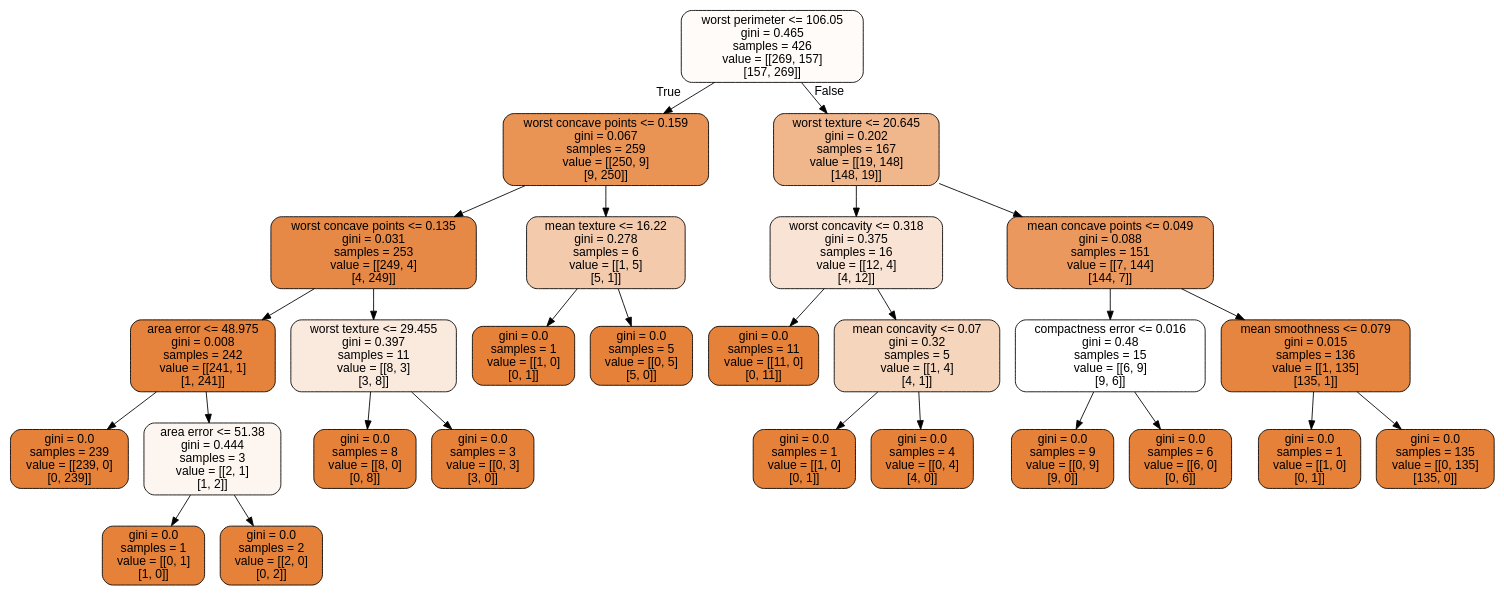
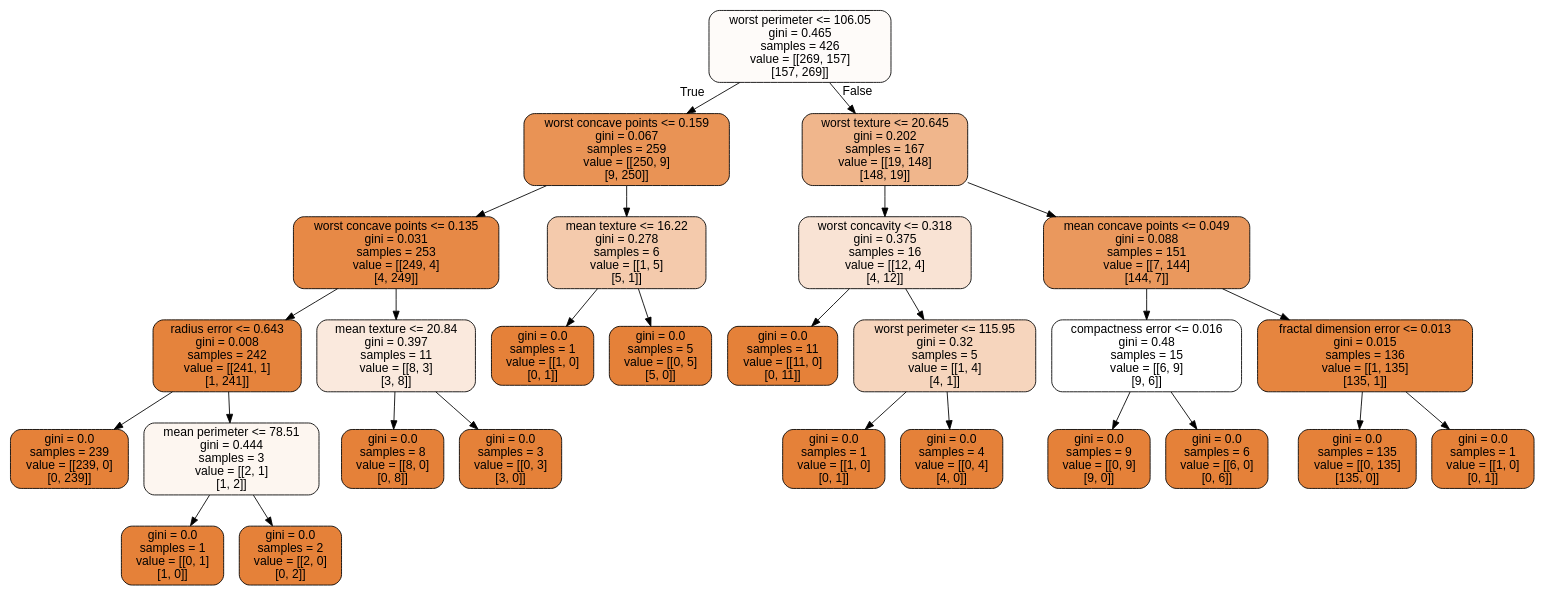
Before and after one commit to CompPhysics/MachineLearning: the diagram in doc/LectureNotes/DataFiles/cancer.dot, drawn with Graphviz. The commit also changed 206 other files, not shown here.

```diff
--- a/doc/LectureNotes/DataFiles/cancer.dot
+++ b/doc/LectureNotes/DataFiles/cancer.dot
@@ -1,57 +1,57 @@
 digraph Tree {
 node [shape=box, style="filled, rounded", color="black", fontname="helvetica"] ;
 edge [fontname="helvetica"] ;
 0 [label="worst perimeter <= 106.05\ngini = 0.465\nsamples = 426\nvalue = [[269, 157]\n[157, 269]]", fillcolor="#fefbf9"] ;
 1 [label="worst concave points <= 0.159\ngini = 0.067\nsamples = 259\nvalue = [[250, 9]\n[9, 250]]", fillcolor="#e99355"] ;
 0 -> 1 [labeldistance=2.5, labelangle=45, headlabel="True"] ;
 2 [label="worst concave points <= 0.135\ngini = 0.031\nsamples = 253\nvalue = [[249, 4]\n[4, 249]]", fillcolor="#e78946"] ;
 1 -> 2 ;
-3 [label="area error <= 48.975\ngini = 0.008\nsamples = 242\nvalue = [[241, 1]\n[1, 241]]", fillcolor="#e5833c"] ;
+3 [label="radius error <= 0.643\ngini = 0.008\nsamples = 242\nvalue = [[241, 1]\n[1, 241]]", fillcolor="#e5833c"] ;
 2 -> 3 ;
 4 [label="gini = 0.0\nsamples = 239\nvalue = [[239, 0]\n[0, 239]]", fillcolor="#e58139"] ;
 3 -> 4 ;
-5 [label="area error <= 51.38\ngini = 0.444\nsamples = 3\nvalue = [[2, 1]\n[1, 2]]", fillcolor="#fdf6f0"] ;
+5 [label="mean perimeter <= 78.51\ngini = 0.444\nsamples = 3\nvalue = [[2, 1]\n[1, 2]]", fillcolor="#fdf6f0"] ;
 3 -> 5 ;
 6 [label="gini = 0.0\nsamples = 1\nvalue = [[0, 1]\n[1, 0]]", fillcolor="#e58139"] ;
 5 -> 6 ;
 7 [label="gini = 0.0\nsamples = 2\nvalue = [[2, 0]\n[0, 2]]", fillcolor="#e58139"] ;
 5 -> 7 ;
-8 [label="worst texture <= 29.455\ngini = 0.397\nsamples = 11\nvalue = [[8, 3]\n[3, 8]]", fillcolor="#fae9dd"] ;
+8 [label="mean texture <= 20.84\ngini = 0.397\nsamples = 11\nvalue = [[8, 3]\n[3, 8]]", fillcolor="#fae9dd"] ;
 2 -> 8 ;
 9 [label="gini = 0.0\nsamples = 8\nvalue = [[8, 0]\n[0, 8]]", fillcolor="#e58139"] ;
 8 -> 9 ;
 10 [label="gini = 0.0\nsamples = 3\nvalue = [[0, 3]\n[3, 0]]", fillcolor="#e58139"] ;
 8 -> 10 ;
 11 [label="mean texture <= 16.22\ngini = 0.278\nsamples = 6\nvalue = [[1, 5]\n[5, 1]]", fillcolor="#f4caac"] ;
 1 -> 11 ;
 12 [label="gini = 0.0\nsamples = 1\nvalue = [[1, 0]\n[0, 1]]", fillcolor="#e58139"] ;
 11 -> 12 ;
 13 [label="gini = 0.0\nsamples = 5\nvalue = [[0, 5]\n[5, 0]]", fillcolor="#e58139"] ;
 11 -> 13 ;
 14 [label="worst texture <= 20.645\ngini = 0.202\nsamples = 167\nvalue = [[19, 148]\n[148, 19]]", fillcolor="#f0b68c"] ;
 0 -> 14 [labeldistance=2.5, labelangle=-45, headlabel="False"] ;
 15 [label="worst concavity <= 0.318\ngini = 0.375\nsamples = 16\nvalue = [[12, 4]\n[4, 12]]", fillcolor="#f9e3d4"] ;
 14 -> 15 ;
 16 [label="gini = 0.0\nsamples = 11\nvalue = [[11, 0]\n[0, 11]]", fillcolor="#e58139"] ;
 15 -> 16 ;
-17 [label="mean concavity <= 0.07\ngini = 0.32\nsamples = 5\nvalue = [[1, 4]\n[4, 1]]", fillcolor="#f6d5bd"] ;
+17 [label="worst perimeter <= 115.95\ngini = 0.32\nsamples = 5\nvalue = [[1, 4]\n[4, 1]]", fillcolor="#f6d5bd"] ;
 15 -> 17 ;
 18 [label="gini = 0.0\nsamples = 1\nvalue = [[1, 0]\n[0, 1]]", fillcolor="#e58139"] ;
 17 -> 18 ;
 19 [label="gini = 0.0\nsamples = 4\nvalue = [[0, 4]\n[4, 0]]", fillcolor="#e58139"] ;
 17 -> 19 ;
 20 [label="mean concave points <= 0.049\ngini = 0.088\nsamples = 151\nvalue = [[7, 144]\n[144, 7]]", fillcolor="#ea985d"] ;
 14 -> 20 ;
 21 [label="compactness error <= 0.016\ngini = 0.48\nsamples = 15\nvalue = [[6, 9]\n[9, 6]]", fillcolor="#ffffff"] ;
 20 -> 21 ;
 22 [label="gini = 0.0\nsamples = 9\nvalue = [[0, 9]\n[9, 0]]", fillcolor="#e58139"] ;
 21 -> 22 ;
 23 [label="gini = 0.0\nsamples = 6\nvalue = [[6, 0]\n[0, 6]]", fillcolor="#e58139"] ;
 21 -> 23 ;
-24 [label="mean smoothness <= 0.079\ngini = 0.015\nsamples = 136\nvalue = [[1, 135]\n[135, 1]]", fillcolor="#e6853f"] ;
+24 [label="fractal dimension error <= 0.013\ngini = 0.015\nsamples = 136\nvalue = [[1, 135]\n[135, 1]]", fillcolor="#e6853f"] ;
 20 -> 24 ;
-25 [label="gini = 0.0\nsamples = 1\nvalue = [[1, 0]\n[0, 1]]", fillcolor="#e58139"] ;
+25 [label="gini = 0.0\nsamples = 135\nvalue = [[0, 135]\n[135, 0]]", fillcolor="#e58139"] ;
 24 -> 25 ;
-26 [label="gini = 0.0\nsamples = 135\nvalue = [[0, 135]\n[135, 0]]", fillcolor="#e58139"] ;
+26 [label="gini = 0.0\nsamples = 1\nvalue = [[1, 0]\n[0, 1]]", fillcolor="#e58139"] ;
 24 -> 26 ;
 }
```
